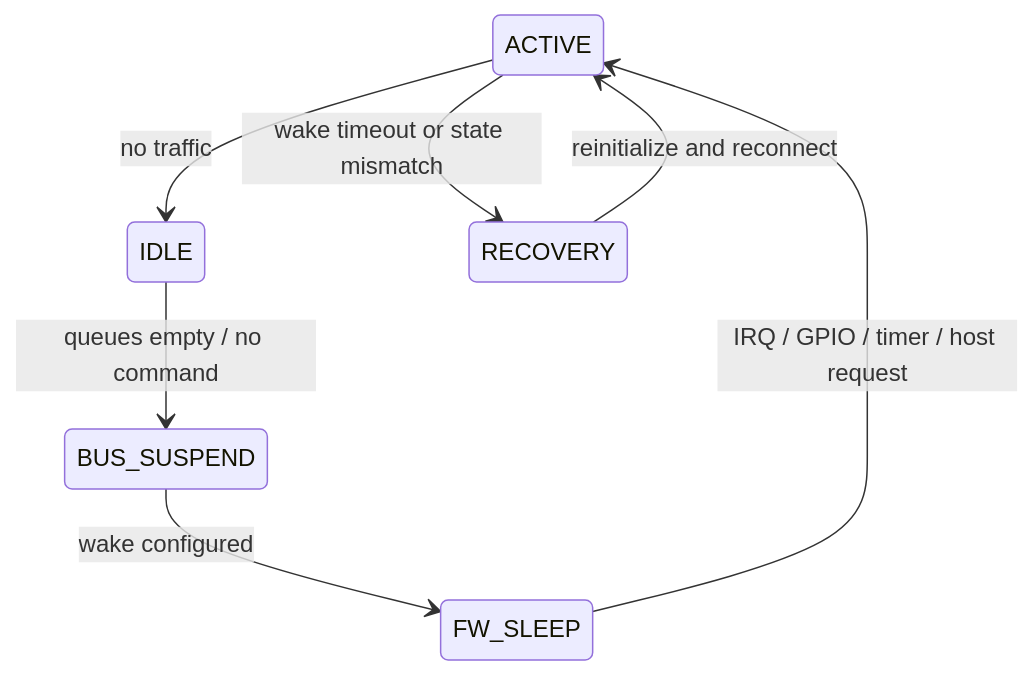
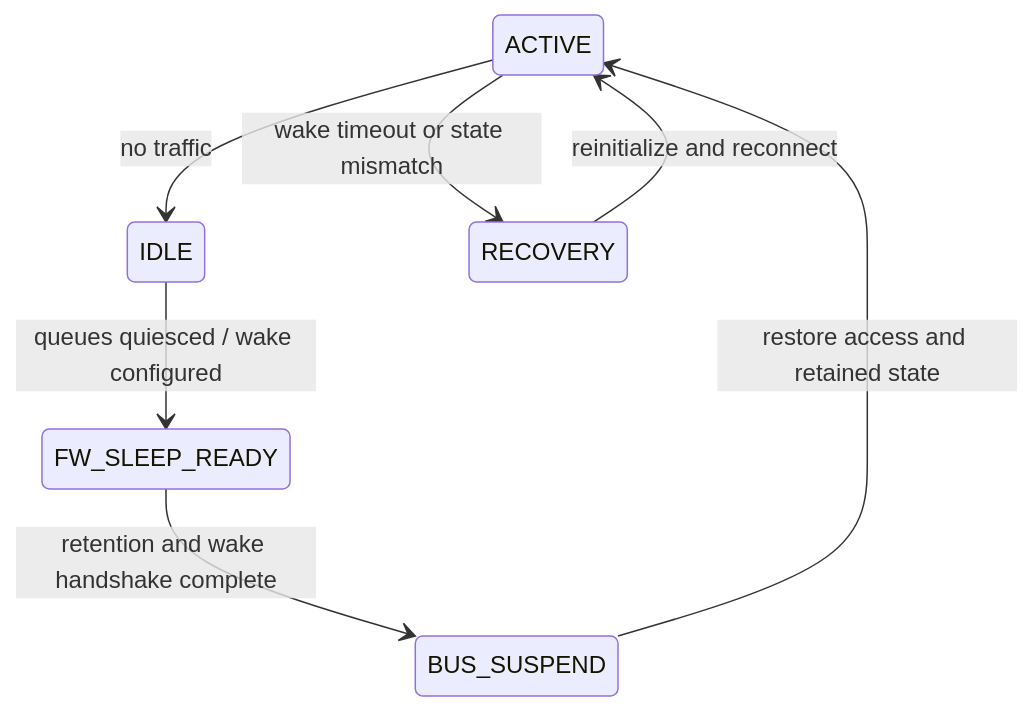
Before and after one commit to YvainZhang/YvainZhang.github.io: the diagram in WiFi/08-Power/01-power-state-machine.md, drawn with Mermaid. The commit also changed other lines of this file and 50 other files, not shown here.

````diff
--- a/WiFi/08-Power/01-power-state-machine.md
+++ b/WiFi/08-Power/01-power-state-machine.md
@@ -11,9 +11,9 @@
 ```mermaid
 stateDiagram-v2
     ACTIVE --> IDLE: no traffic
-    IDLE --> BUS_SUSPEND: queues empty / no command
-    BUS_SUSPEND --> FW_SLEEP: wake configured
-    FW_SLEEP --> ACTIVE: IRQ / GPIO / timer / host request
+    IDLE --> FW_SLEEP_READY: queues quiesced / wake configured
+    FW_SLEEP_READY --> BUS_SUSPEND: retention and wake handshake complete
+    BUS_SUSPEND --> ACTIVE: restore access and retained state
     ACTIVE --> RECOVERY: wake timeout or state mismatch
     RECOVERY --> ACTIVE: reinitialize and reconnect
 ```
````
